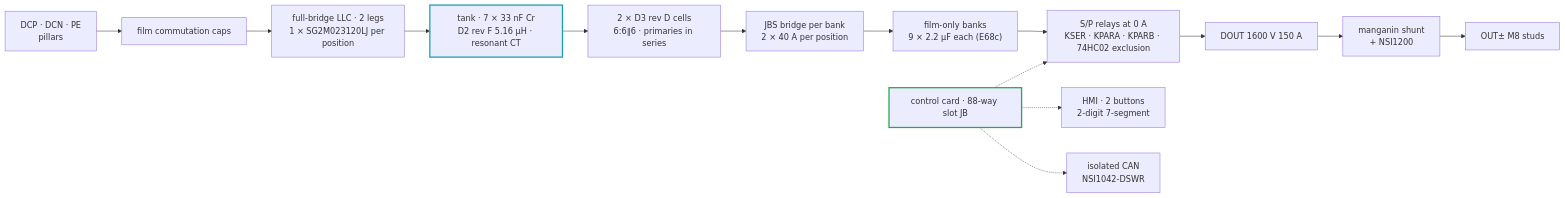
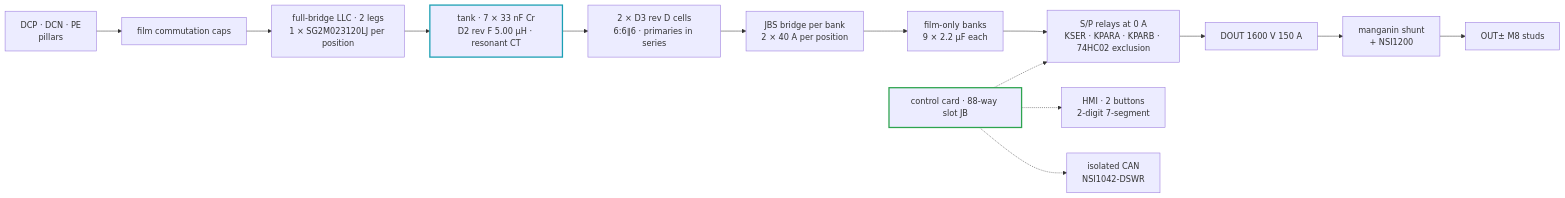
Before and after one commit to vectivolt/DC-Modules: the second of 2 diagrams in boards/30kw/README.md, drawn with Mermaid. The commit also changed other lines of this file and 802 other files, not shown here.

````diff
--- a/boards/30kw/README.md
+++ b/boards/30kw/README.md
@@ -63,16 +64,16 @@
 ```mermaid
 flowchart LR
   ST["DCP · DCN · PE<br/>pillars"] --> CF["film commutation caps"]
   CF --> LEG["full-bridge LLC · 2 legs<br/>1 × SG2M023120LJ per position"]
-  LEG --> TK["tank · 7 × 33 nF Cr<br/>D2 rev F 5.16 µH · resonant CT"]
+  LEG --> TK["tank · 7 × 33 nF Cr<br/>D2 rev F 5.00 µH · resonant CT"]
   TK --> XF["2 × D3 rev D cells<br/>6:6∥6 · primaries in series"]
   XF --> BR["JBS bridge per bank<br/>2 × 40 A per position"]
-  BR --> BK["film-only banks<br/>9 × 2.2 µF each (E68c)"]
+  BR --> BK["film-only banks<br/>9 × 2.2 µF each"]
   BK --> SP["S/P relays at 0 A<br/>KSER · KPARA · KPARB · 74HC02 exclusion"]
   SP --> DO["DOUT 1600 V 150 A"] --> SH["manganin shunt<br/>+ NSI1200"] --> OUT["OUT± M8 studs"]
   CARD["control card · 88-way slot JB"] -.-> SP
   CARD -.-> HMI["HMI · 2 buttons<br/>2-digit 7-segment"]
   CARD -.-> CAN["isolated CAN<br/>NSI1042-DSWR"]
   style TK stroke:#1a9fb3,stroke-width:2.5px
   style CARD stroke:#2ea44f,stroke-width:2.5px
 ```
````
